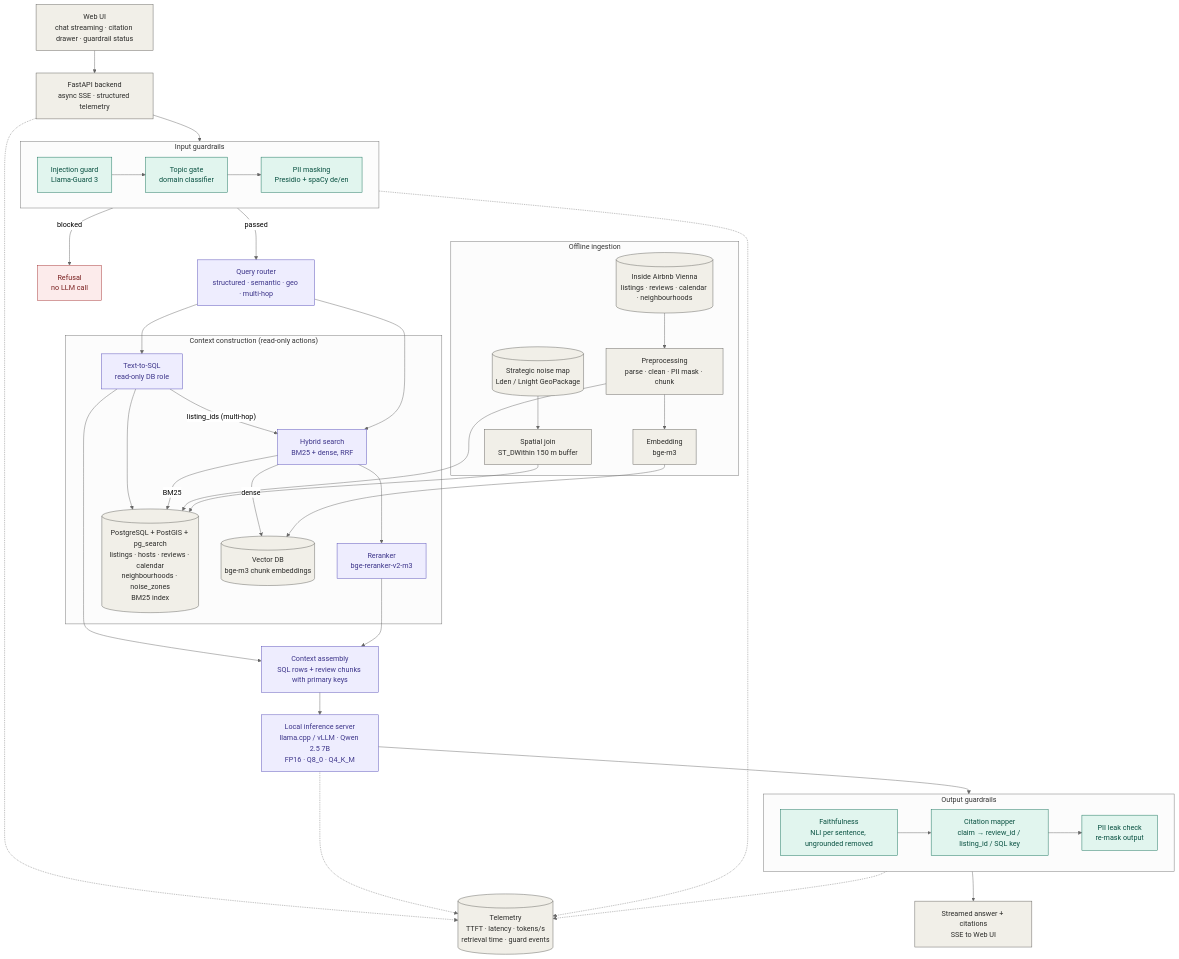
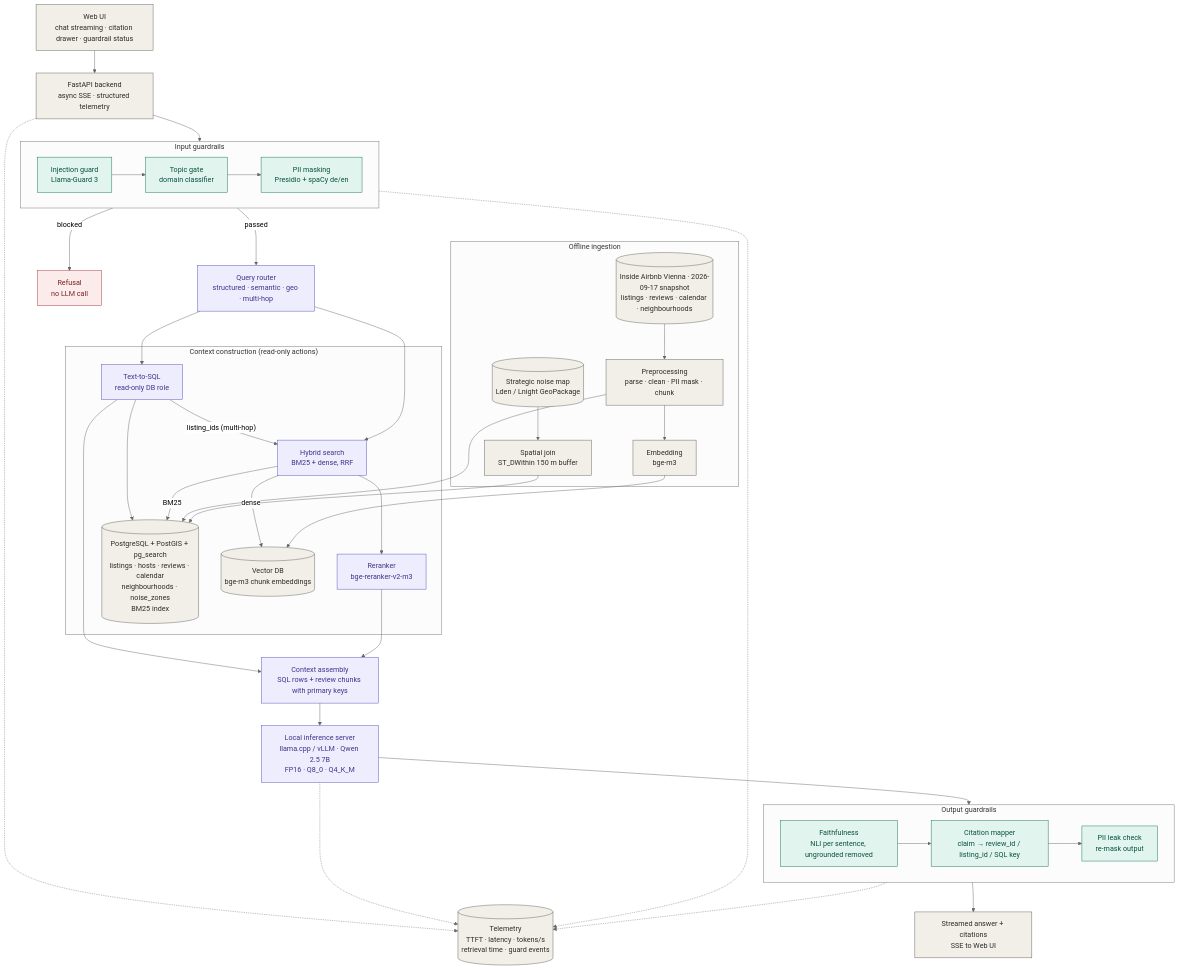
The diagram in docs/architecture.mermaid (GeorgH02/SCAAI_group_G), drawn with Mermaid (neutral theme) before and after one commit. The commit also changed 6 other files, not shown here.

Commit message:
Add loading of reviews and listings to the vector database

```diff
--- a/docs/architecture.mermaid
+++ b/docs/architecture.mermaid
@@ -1,80 +1,80 @@
 flowchart TD
     UI["Web UI<br/>chat streaming · citation drawer · guardrail status"]
     API["FastAPI backend<br/>async SSE · structured telemetry"]
 
     subgraph IN["Input guardrails"]
         direction LR
         INJ["Injection guard<br/>Llama-Guard 3"]
         TOP["Topic gate<br/>domain classifier"]
         PII["PII masking<br/>Presidio + spaCy de/en"]
         INJ --> TOP --> PII
     end
 
     REJ["Refusal<br/>no LLM call"]
     ROUTER["Query router<br/>structured · semantic · geo · multi-hop"]
 
     subgraph CTX["Context construction (read-only actions)"]
         SQL["Text-to-SQL<br/>read-only DB role"]
         HYB["Hybrid search<br/>BM25 + dense, RRF"]
         RR["Reranker<br/>bge-reranker-v2-m3"]
         PG[("PostgreSQL + PostGIS + pg_search<br/>listings · hosts · reviews · calendar<br/>neighbourhoods · noise_zones<br/>BM25 index")]
         VDB[("Vector DB<br/>bge-m3 chunk embeddings")]
         SQL --> PG
         SQL -- "listing_ids (multi-hop)" --> HYB
         HYB -- "BM25" --> PG
         HYB -- "dense" --> VDB
         HYB --> RR
     end
 
     ASM["Context assembly<br/>SQL rows + review chunks with primary keys"]
     LLM["Local inference server<br/>llama.cpp / vLLM · Qwen 2.5 7B<br/>FP16 · Q8_0 · Q4_K_M"]
 
     subgraph OUTG["Output guardrails"]
         direction LR
         FAITH["Faithfulness<br/>NLI per sentence, ungrounded removed"]
         CITE["Citation mapper<br/>claim → review_id / listing_id / SQL key"]
         LEAK["PII leak check<br/>re-mask output"]
         FAITH --> CITE --> LEAK
     end
 
     OUT["Streamed answer + citations<br/>SSE to Web UI"]
 
     subgraph ING["Offline ingestion"]
-        AIR[("Inside Airbnb Vienna<br/>listings · reviews · calendar · neighbourhoods")]
+        AIR[("Inside Airbnb Vienna · 2026-09-17 snapshot<br/>listings · reviews · calendar · neighbourhoods")]
         NOISE[("Strategic noise map<br/>Lden / Lnight GeoPackage")]
         PREP["Preprocessing<br/>parse · clean · PII mask · chunk"]
         EMB["Embedding<br/>bge-m3"]
         SPATIAL["Spatial join<br/>ST_DWithin 150 m buffer"]
         AIR --> PREP --> EMB
         NOISE --> SPATIAL
     end
 
     TEL[("Telemetry<br/>TTFT · latency · tokens/s<br/>retrieval time · guard events")]
 
     UI --> API --> IN
     IN -- "blocked" --> REJ
     IN -- "passed" --> ROUTER
     ROUTER --> SQL
     ROUTER --> HYB
     SQL --> ASM
     RR --> ASM
     ASM --> LLM --> OUTG --> OUT
 
     PREP --> PG
     EMB --> VDB
     SPATIAL --> PG
 
     API -.-> TEL
     IN -.-> TEL
     LLM -.-> TEL
     OUTG -.-> TEL
 
     classDef guard fill:#E1F5EE,stroke:#0F6E56,color:#085041
     classDef core fill:#EEEDFE,stroke:#534AB7,color:#3C3489
     classDef infra fill:#F1EFE8,stroke:#5F5E5A,color:#2C2C2A
     classDef reject fill:#FCEBEB,stroke:#A32D2D,color:#791F1F
 
     class INJ,TOP,PII,FAITH,CITE,LEAK guard
     class ROUTER,SQL,HYB,RR,ASM,LLM core
     class UI,API,OUT,PG,VDB,AIR,NOISE,PREP,EMB,SPATIAL,TEL infra
     class REJ reject
```
